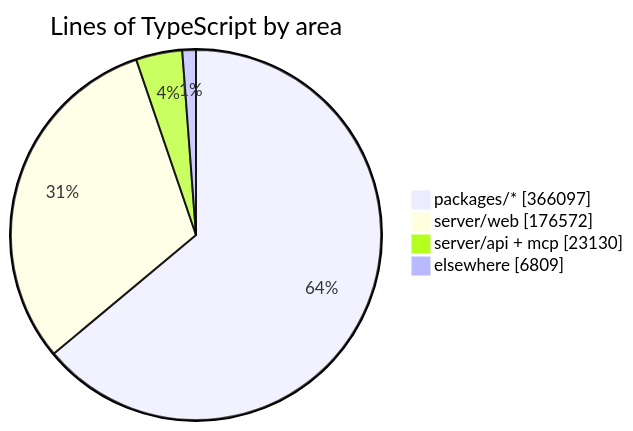
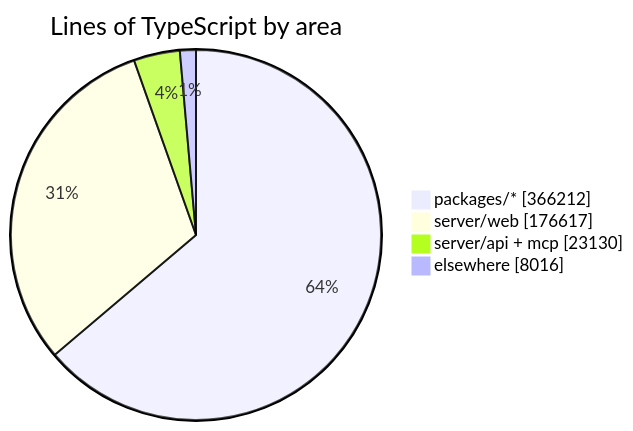
Before and after one commit to crossworks-engineering/mantle: the diagram in README.md, drawn with Mermaid. The commit also changed other lines of this file and 2 other files, not shown here.

````diff
--- a/README.md
+++ b/README.md
@@ -294,7 +294,7 @@
 ```mermaid
 pie showData title Lines of TypeScript by area
-    "packages/*" : 366097
-    "server/web" : 176572
+    "packages/*" : 366212
+    "server/web" : 176617
     "server/api + mcp" : 23130
-    "elsewhere" : 6809
+    "elsewhere" : 8016
 ```
````
